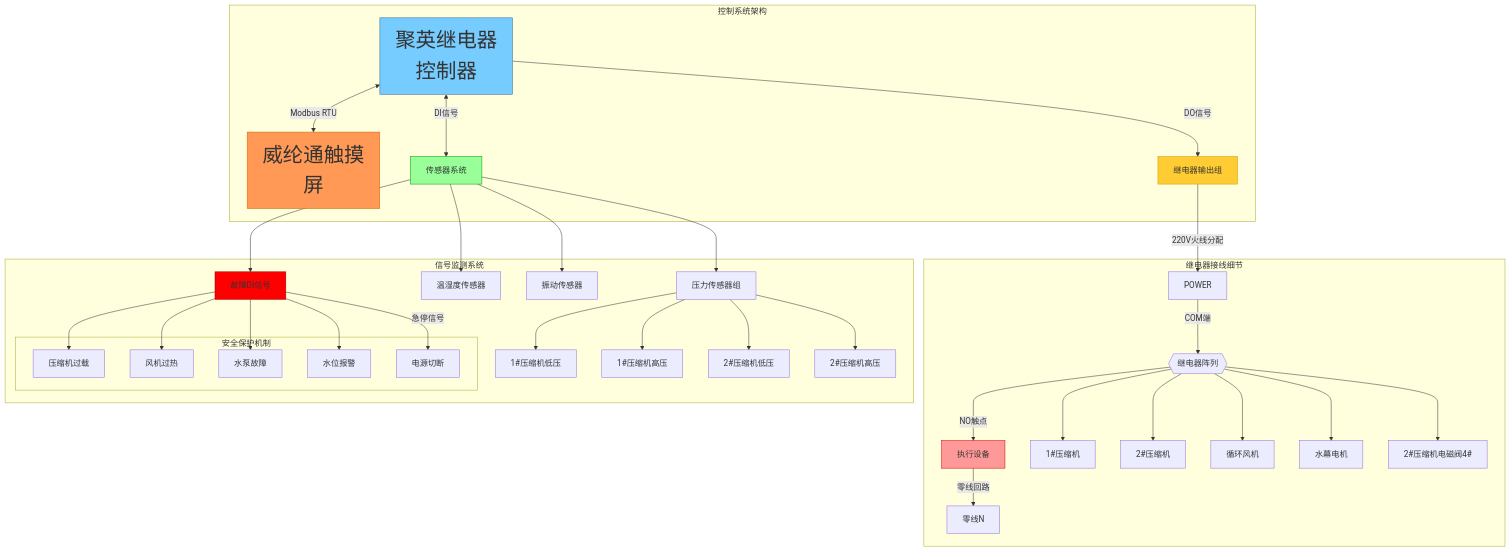
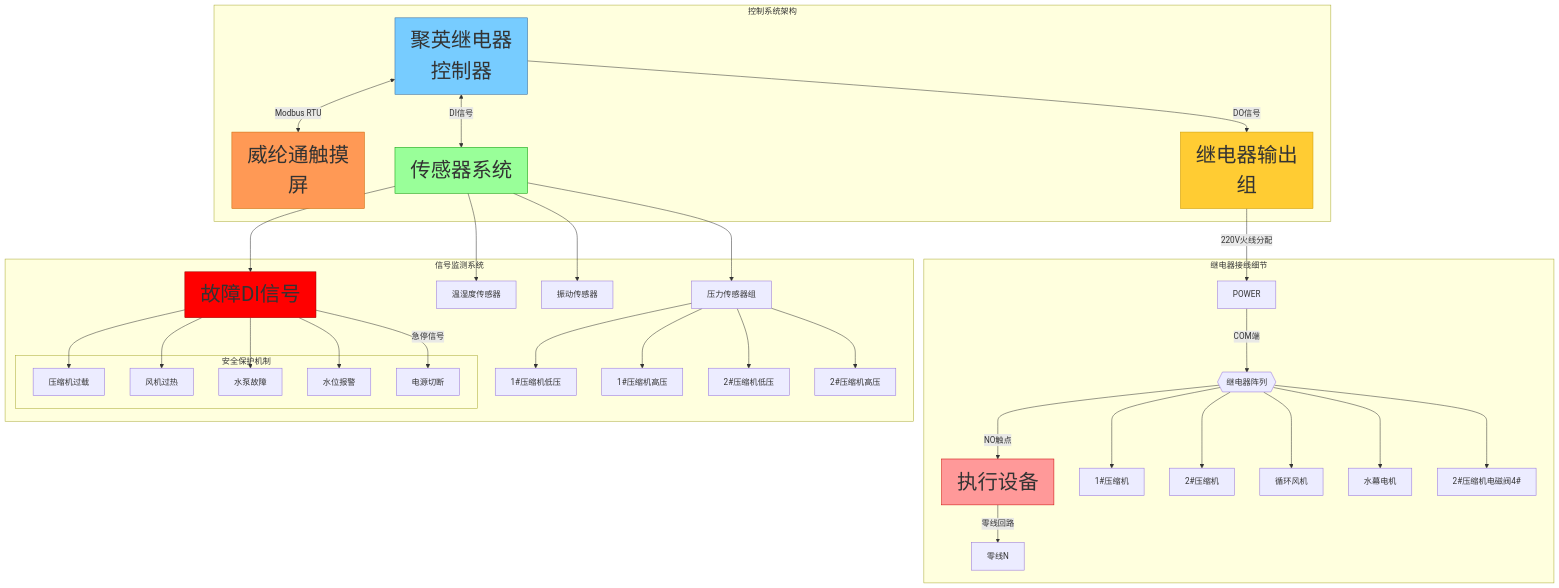
The diagram in all/未命名-1.md (zhangqianjia/iodraw-files), drawn with Mermaid before and after one commit.

Commit message:
2025-03-31 10:28:21 update

````diff
--- a/all/未命名-1.md
+++ b/all/未命名-1.md
@@ -1,60 +1,60 @@
 ```mermaid
 flowchart TD
  subgraph s1["控制系统架构"]
         HMI["威纶通触摸屏"]
         C["聚英继电器控制器"]
         SENSOR["传感器系统"]
         RELAY["继电器输出组"]
   end
  subgraph s2["继电器接线细节"]
         POWER["POWER"]
         RLY{{"继电器阵列"}}
         DEVICE["执行设备"]
         NEUTRAL["零线N"]
         RLY1["1#压缩机"]
         RLY2["2#压缩机"]
         RLY3["循环风机"]
         RLY4["水幕电机"]
         RLY14["2#压缩机电磁阀4#"]
   end
  subgraph s3["信号监测系统"]
         PRESSURE["压力传感器组"]
         THERMO["温湿度传感器"]
         VIBRATION["振动传感器"]
         ALARM["故障DI信号"]
         P1["1#压缩机低压"]
         P2["1#压缩机高压"]
         P3["2#压缩机低压"]
         P4["2#压缩机高压"]
          subgraph s4["安全保护机制"]
         F1["压缩机过载"]
         F2["风机过热"]
         F3["水泵故障"]
         F4["水位报警"]
         CUTOFF["电源切断"]
   end
 
   end
     C <-- Modbus RTU --> HMI
     C <-- DI信号 --> SENSOR
     C -- DO信号 --> RELAY
     RELAY -- 220V火线分配 --> POWER
     POWER -- COM端 --> RLY
     RLY -- NO触点 --> DEVICE
     DEVICE -- 零线回路 --> NEUTRAL
     RLY --> RLY1 & RLY2 & RLY3 & RLY4 & RLY14
     SENSOR --> PRESSURE & THERMO & VIBRATION & ALARM
     PRESSURE --> P1 & P2 & P3 & P4
     ALARM --> F1 & F2 & F3 & F4
     ALARM -- 急停信号 --> CUTOFF
      style HMI fill:#F95,stroke:#C60,font-size:40px
     style HMI fill:#F95,stroke:#C60,font-size:40px
     style C fill:#7CF,stroke:#369,font-size:40px
-    style SENSOR fill:#9F9,stroke:#090
-    style RELAY fill:#FC3,stroke:#C90
-    style DEVICE fill:#F99,stroke:#C00
-    style ALARM fill:#F00,stroke:#900
-
+    style SENSOR fill:#9F9,stroke:#090,font-size:40px
+    style RELAY fill:#FC3,stroke:#C90,font-size:40px
+    style DEVICE fill:#F99,stroke:#C00,font-size:40px
+    style ALARM fill:#F00,stroke:#900,font-size:40px
+    
 
 
 ```
````
